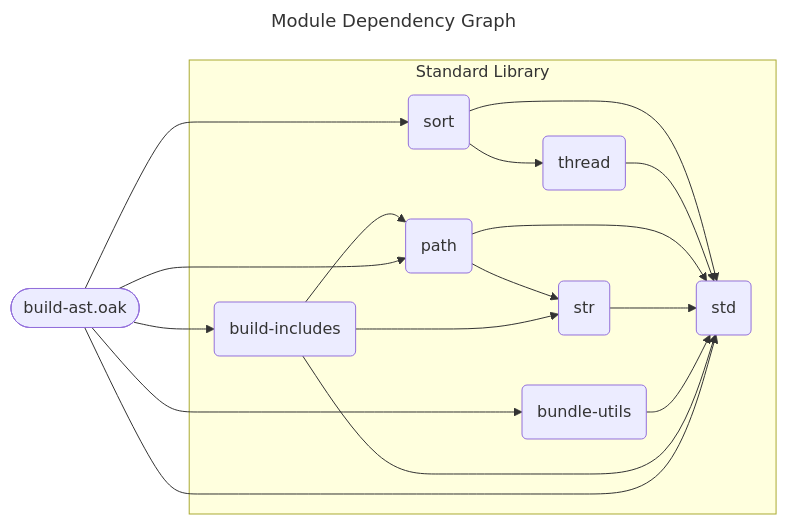
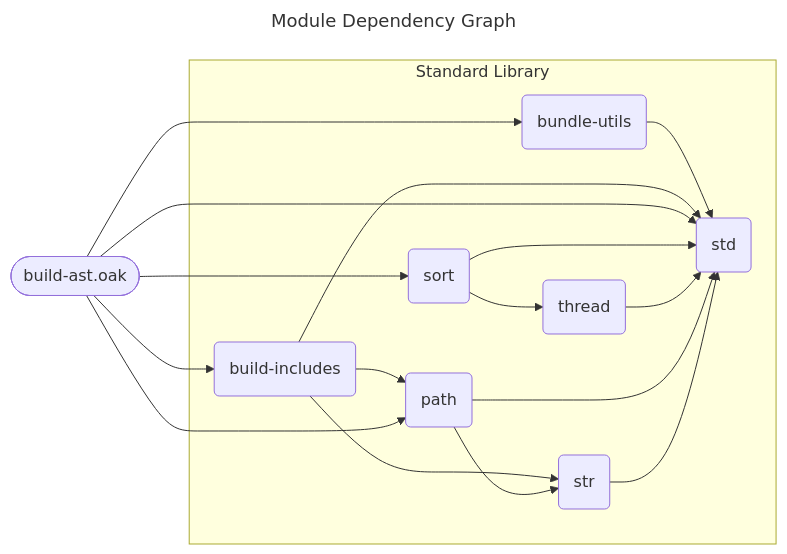
Before and after one commit to SpcFORK/magnolia: the diagram in docs/spec/build-ast.mmd, drawn with Mermaid. The commit also changed other lines of this file and 127 other files, not shown here.

First line of the commit message:
Refactor module dependency graphs across various specifications

```diff
--- a/docs/spec/build-ast.mmd
+++ b/docs/spec/build-ast.mmd
@@ -1,29 +1,29 @@
 ---
 title: Module Dependency Graph
 ---
 flowchart LR
     lib_build_ast_oak(["build-ast.oak"])
     subgraph stdlib_core ["Standard Library"]
-        str("str")
         bundle_utils("bundle-utils")
         build_includes("build-includes")
         std("std")
         sort("sort")
         thread("thread")
         path("path")
+        str("str")
     end
-    sort --> std
-    sort --> thread
-    thread --> std
-    path --> std
-    path --> str
-    str --> std
     bundle_utils --> std
     build_includes --> std
     build_includes --> str
     build_includes --> path
     lib_build_ast_oak --> std
     lib_build_ast_oak --> sort
     lib_build_ast_oak --> path
     lib_build_ast_oak --> bundle_utils
     lib_build_ast_oak --> build_includes
+    sort --> std
+    sort --> thread
+    thread --> std
+    path --> std
+    path --> str
+    str --> std
```
